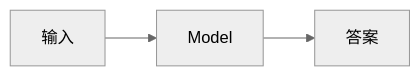
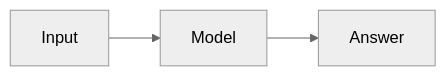
Before and after one commit to oneleaveknowsthefall/awesome-ai-roadmap: the third of 17 diagrams in docs/agent/02-reasoning-planning/05-agent-reasoning-methods.md, drawn with Mermaid (neutral theme). The commit also changed other lines of this file and 68 other files, not shown here.

````diff
--- a/docs/agent/02-reasoning-planning/05-agent-reasoning-methods.md
+++ b/docs/agent/02-reasoning-planning/05-agent-reasoning-methods.md
@@ -132,5 +132,5 @@
 ```mermaid
 flowchart LR
-    X[输入] --> M[Model]
-    M --> Y[答案]
+    X[Input] --> M[Model]
+    M --> Y[Answer]
 ```
````
